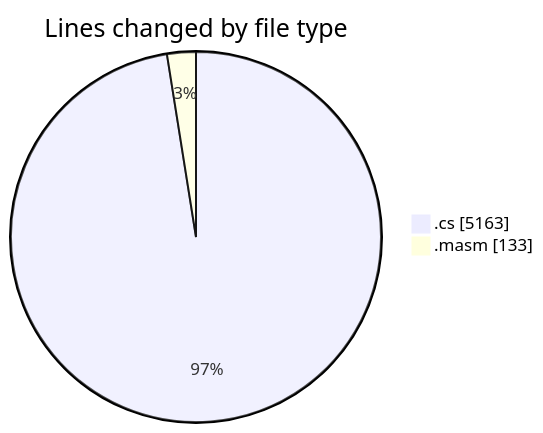
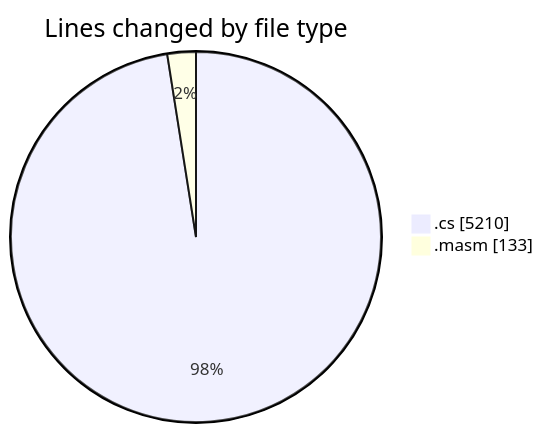
Before and after one commit to charlie-sans/code-tracking: the first of 2 diagrams in 2025-03-17/sharpmasm/README.md, drawn with Mermaid. The commit also changed other lines of this file and 1 other file, not shown here.

````diff
--- a/2025-03-17/sharpmasm/README.md
+++ b/2025-03-17/sharpmasm/README.md
@@ -26,6 +26,6 @@
 ```mermaid
 pie showData
 title Lines changed by file type
-".cs" : 5163
+".cs" : 5210
 ".masm" : 133
 ```
````
